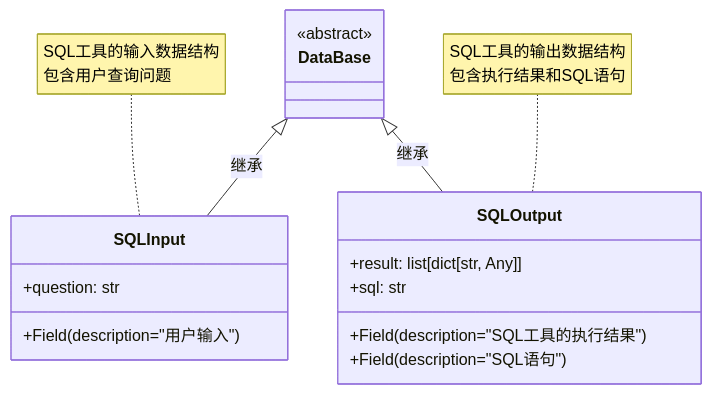
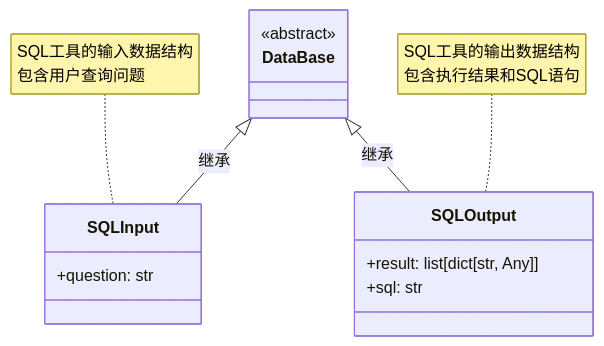
The first of 3 diagrams in design/call/sql.md (HongyuS/euler-copilot-framework), drawn with Mermaid before and after one commit. The commit also changed other lines of this file and 5 other files, not shown here.

````diff
--- a/design/call/sql.md
+++ b/design/call/sql.md
@@ -35,24 +34,21 @@
 ```mermaid
 classDiagram
     class DataBase {
         <<abstract>>
     }
     
     class SQLInput {
         +question: str
-        +Field(description="用户输入")
     }
     
     class SQLOutput {
         +result: list[dict[str, Any]]
         +sql: str
-        +Field(description="SQL工具的执行结果")
-        +Field(description="SQL语句")
     }
     
     DataBase <|-- SQLInput : 继承
     DataBase <|-- SQLOutput : 继承
     
     note for SQLInput "SQL工具的输入数据结构<br/>包含用户查询问题"
     note for SQLOutput "SQL工具的输出数据结构<br/>包含执行结果和SQL语句"
 ```
````
